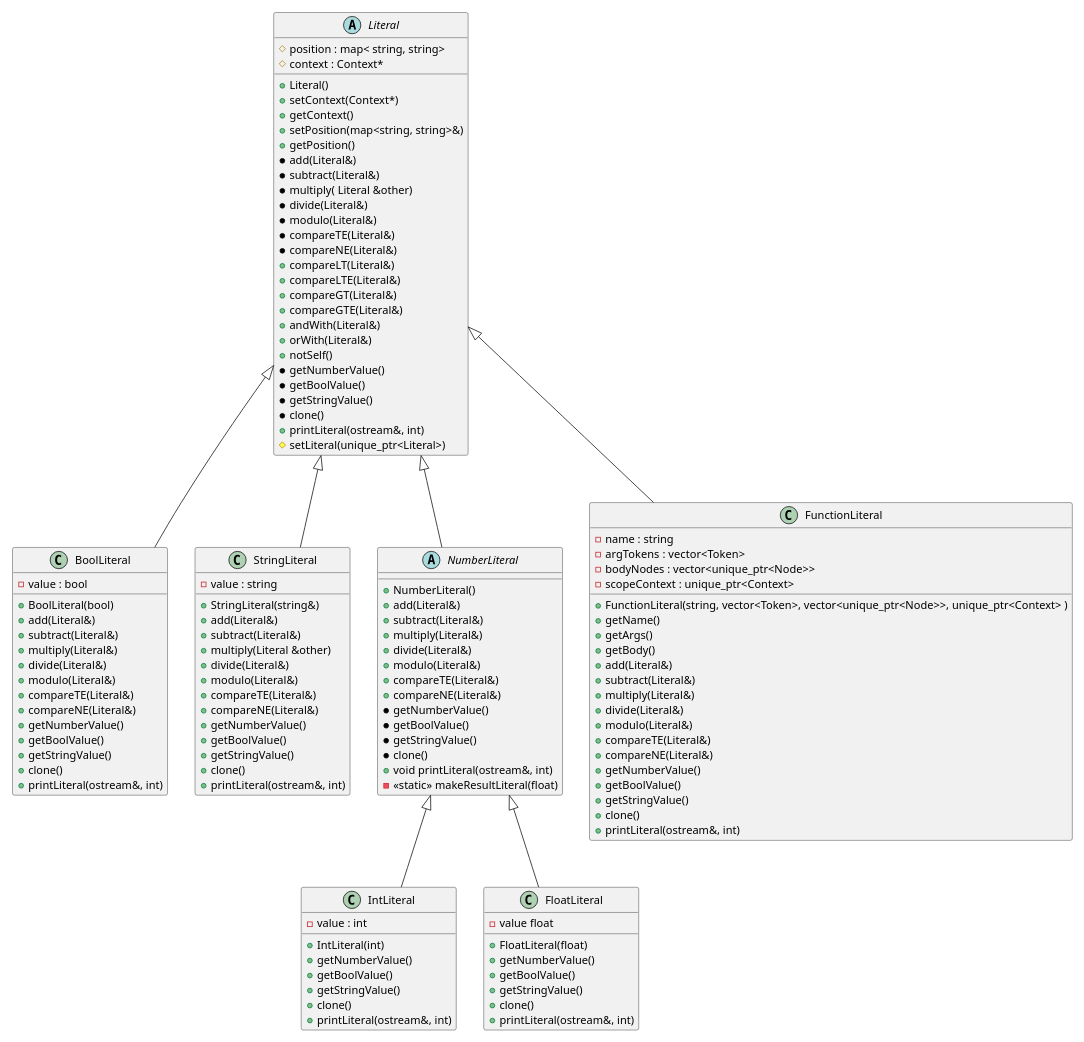
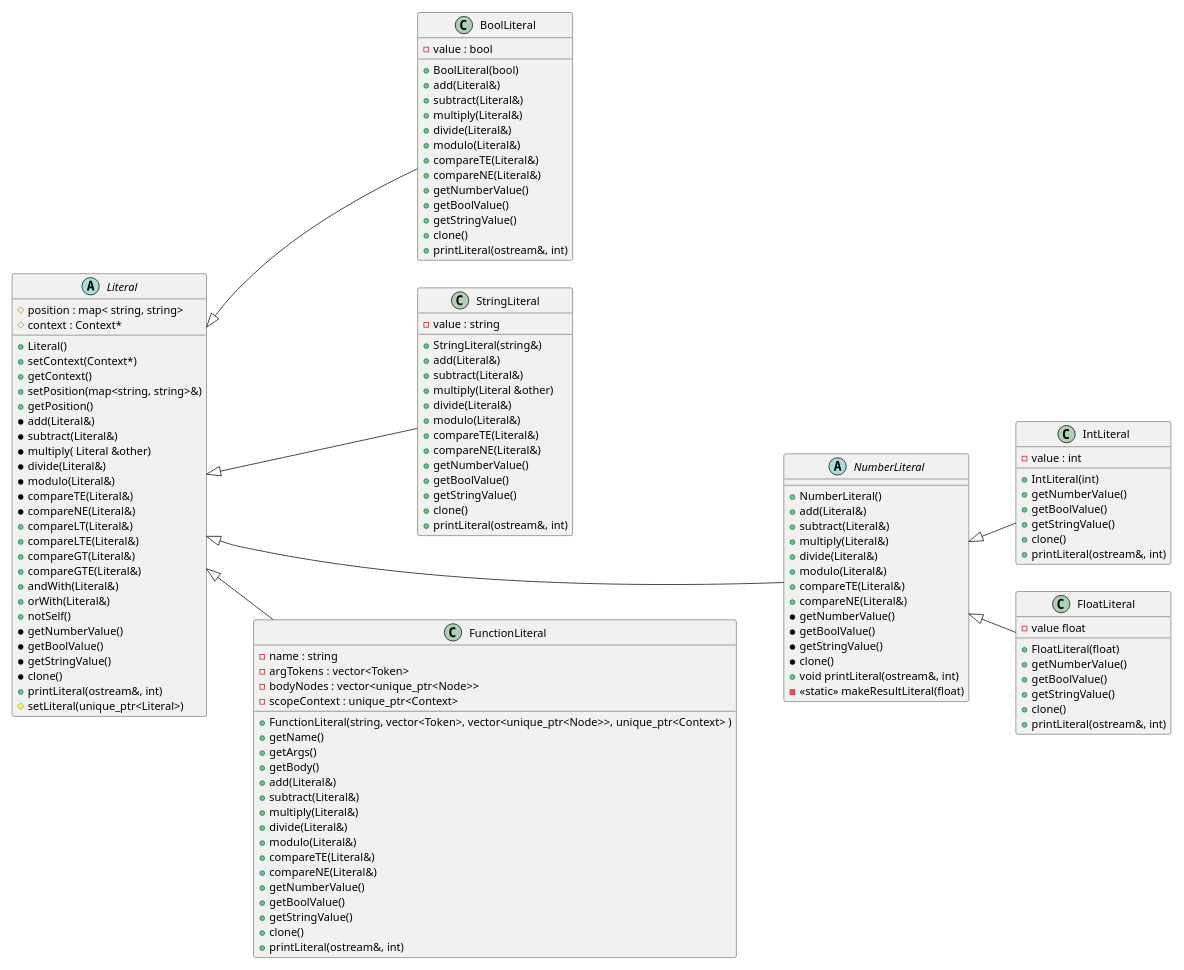
One commit to joshuapickup/VIS changed the diagram in UML Diagrams/ClassDiagrams/Literal.puml. Above: the diagram before and after it, drawn with PlantUML. The commit also changed 1477 other files, not shown here.

```diff
--- a/UML Diagrams/ClassDiagrams/Literal.puml
+++ b/UML Diagrams/ClassDiagrams/Literal.puml
@@ -1,136 +1,138 @@
 @startuml Literal
 scale 2/3
+
+left to right direction
 
 abstract class Literal {
     + Literal()
     + setContext(Context*)
     + getContext()
     + setPosition(map<string, string>&)
     + getPosition() 
     * add(Literal&)
     * subtract(Literal&)
     * multiply( Literal &other)
     * divide(Literal&)
     * modulo(Literal&)
     * compareTE(Literal&)
     * compareNE(Literal&)
     + compareLT(Literal&)
     + compareLTE(Literal&)
     + compareGT(Literal&) 
     + compareGTE(Literal&) 
     + andWith(Literal&) 
     + orWith(Literal&) 
     + notSelf()
     * getNumberValue()
     * getBoolValue()
     * getStringValue()
     * clone()
     + printLiteral(ostream&, int)
     # setLiteral(unique_ptr<Literal>)
     # position : map< string, string>
     # context : Context*
 }
 
 class BoolLiteral{
     + BoolLiteral(bool)
     + add(Literal&)
     + subtract(Literal&)
     + multiply(Literal&)
     + divide(Literal&)
     + modulo(Literal&)
     + compareTE(Literal&)
     + compareNE(Literal&)
     + getNumberValue()
     + getBoolValue()
     + getStringValue()
     + clone()
     + printLiteral(ostream&, int)
     - value : bool
 
 }
 
 class StringLiteral{
     + StringLiteral(string&)
     + add(Literal&)
     + subtract(Literal&)
     + multiply(Literal &other)
     + divide(Literal&)
     + modulo(Literal&)
     + compareTE(Literal&)
     + compareNE(Literal&)
     + getNumberValue()
     + getBoolValue()
     + getStringValue()
     + clone()
     + printLiteral(ostream&, int)
     - value : string
 }
 
 abstract class NumberLiteral{
     + NumberLiteral()
     + add(Literal&)
     + subtract(Literal&)
     + multiply(Literal&)
     + divide(Literal&)
     + modulo(Literal&)
     + compareTE(Literal&)
     + compareNE(Literal&)
     * getNumberValue()
     * getBoolValue()
     * getStringValue()
     * clone()
     + void printLiteral(ostream&, int)
     - <<static>> makeResultLiteral(float) 
 } 
 
 class IntLiteral{
     + IntLiteral(int)
     + getNumberValue()
     + getBoolValue()
     + getStringValue()
     + clone()
     + printLiteral(ostream&, int)
     - value : int
 }
 
 class FloatLiteral{
     + FloatLiteral(float)
     + getNumberValue()
     + getBoolValue()
     + getStringValue()
     + clone()
     + printLiteral(ostream&, int)
     - value float
 } 
 
 class FunctionLiteral  {
     + FunctionLiteral(string, vector<Token>, vector<unique_ptr<Node>>, unique_ptr<Context> )
     + getName()
     + getArgs()
     + getBody()
     + add(Literal&)
     + subtract(Literal&)
     + multiply(Literal&)
     + divide(Literal&)
     + modulo(Literal&)
     + compareTE(Literal&)
     + compareNE(Literal&)
     + getNumberValue()
     + getBoolValue()
     + getStringValue()
     + clone()
     + printLiteral(ostream&, int)
     - name : string
     - argTokens : vector<Token>
     - bodyNodes : vector<unique_ptr<Node>>
     - scopeContext : unique_ptr<Context>
 }
 
 Literal <|-- BoolLiteral
 Literal <|-- StringLiteral
 Literal <|-- FunctionLiteral
-Literal <|-- NumberLiteral
+Literal <|--- NumberLiteral
 NumberLiteral <|-- IntLiteral
 NumberLiteral <|-- FloatLiteral
 
 @enduml
```
